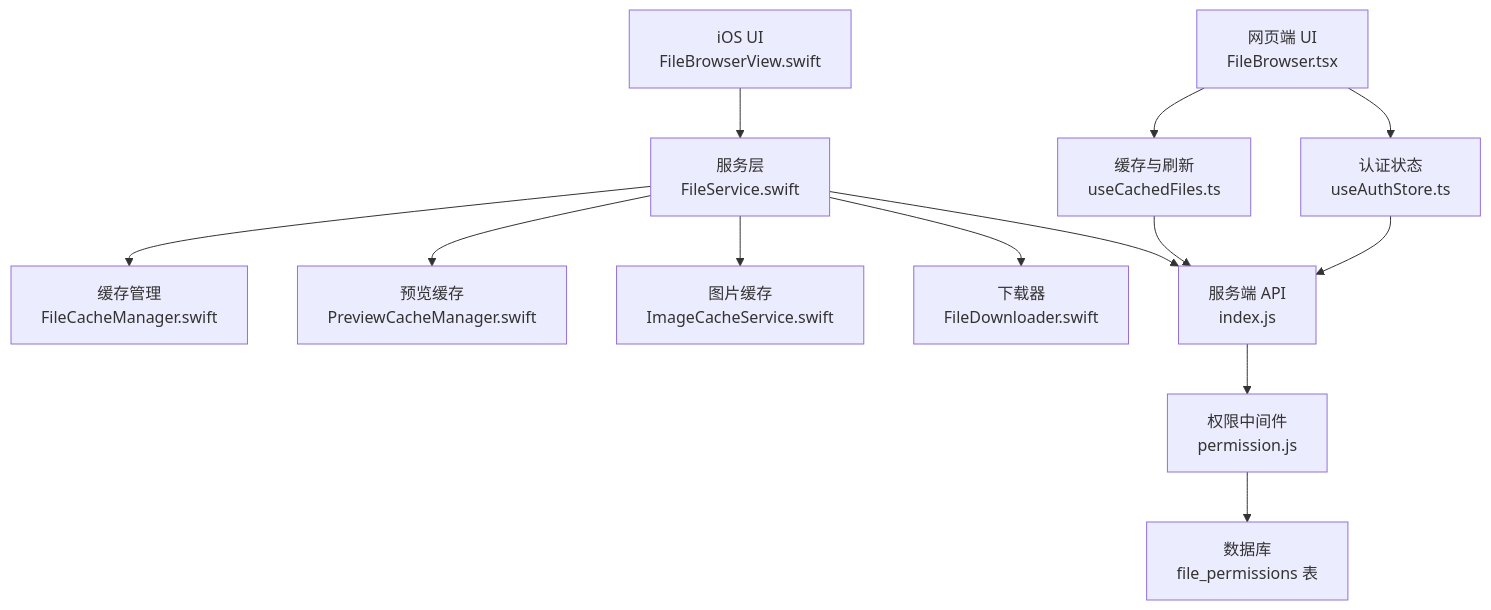
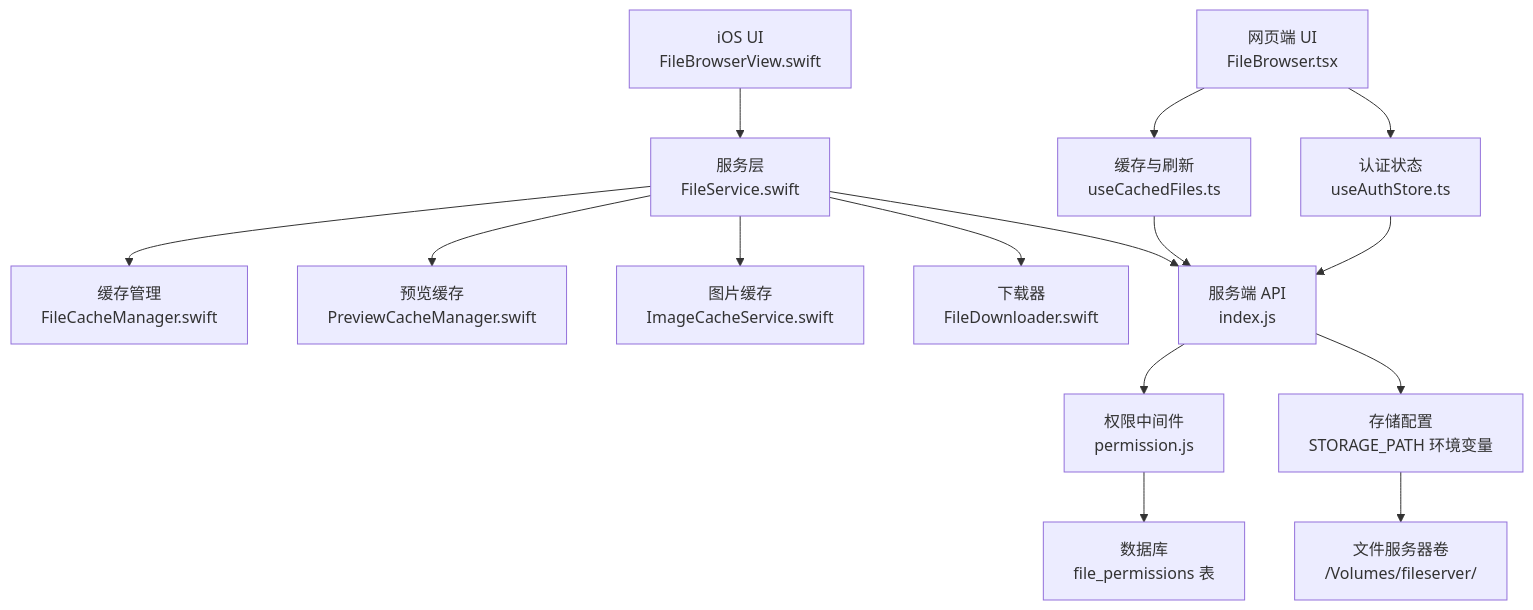
The second of 10 diagrams in .qoder/repowiki/zh/content/文件管理系统/文件管理系统.md (CubeEdge/Longhorn), drawn with Mermaid before and after one commit. The commit also changed other lines of this file and 26 other files, not shown here.

````diff
--- a/.qoder/repowiki/zh/content/文件管理系统/文件管理系统.md
+++ b/.qoder/repowiki/zh/content/文件管理系统/文件管理系统.md
@@ -140,15 +150,17 @@
 ```mermaid
 graph TB
 UIWeb["网页端 UI<br/>FileBrowser.tsx"] --> SWR["缓存与刷新<br/>useCachedFiles.ts"]
 UIWeb --> Auth["认证状态<br/>useAuthStore.ts"]
 UIMobile["iOS UI<br/>FileBrowserView.swift"] --> Svc["服务层<br/>FileService.swift"]
 Svc --> Cache["缓存管理<br/>FileCacheManager.swift"]
 Svc --> PCache["预览缓存<br/>PreviewCacheManager.swift"]
 Svc --> Img["图片缓存<br/>ImageCacheService.swift"]
 Svc --> DL["下载器<br/>FileDownloader.swift"]
 SWR --> API["服务端 API<br/>index.js"]
 Auth --> API
 Svc --> API
 API --> PermMW["权限中间件<br/>permission.js"]
 PermMW --> DB["数据库<br/>file_permissions 表"]
+API --> Storage["存储配置<br/>STORAGE_PATH 环境变量"]
+Storage --> FileServer["文件服务器卷<br/>/Volumes/fileserver/"]
 ```
````
